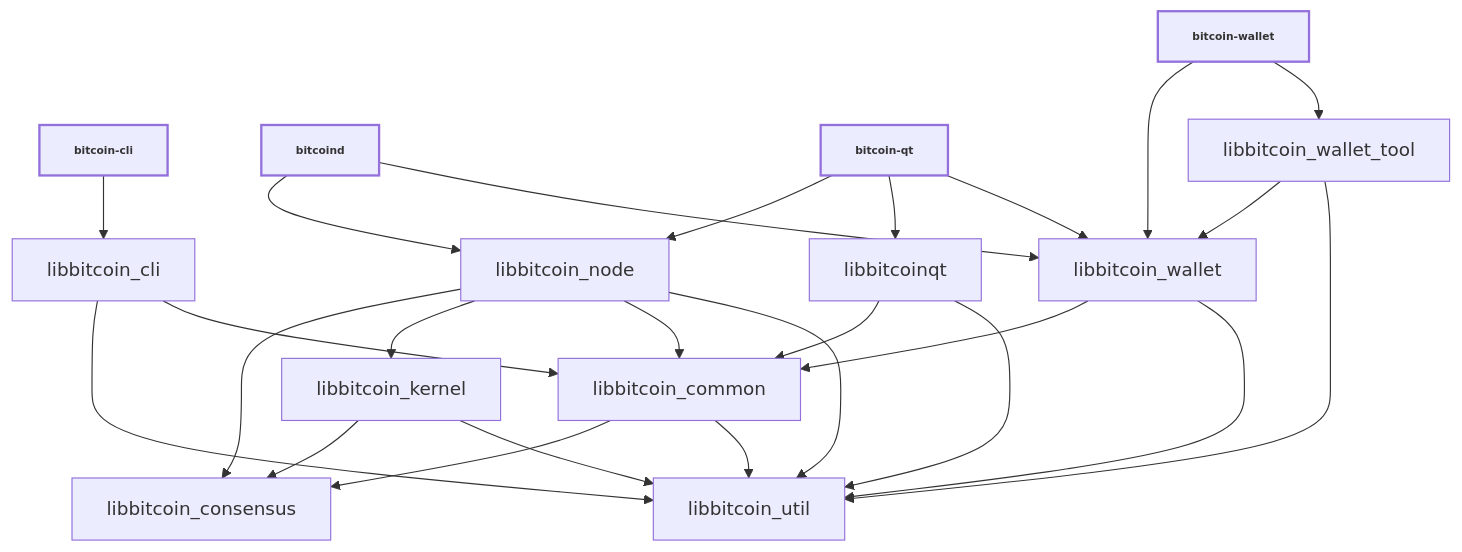
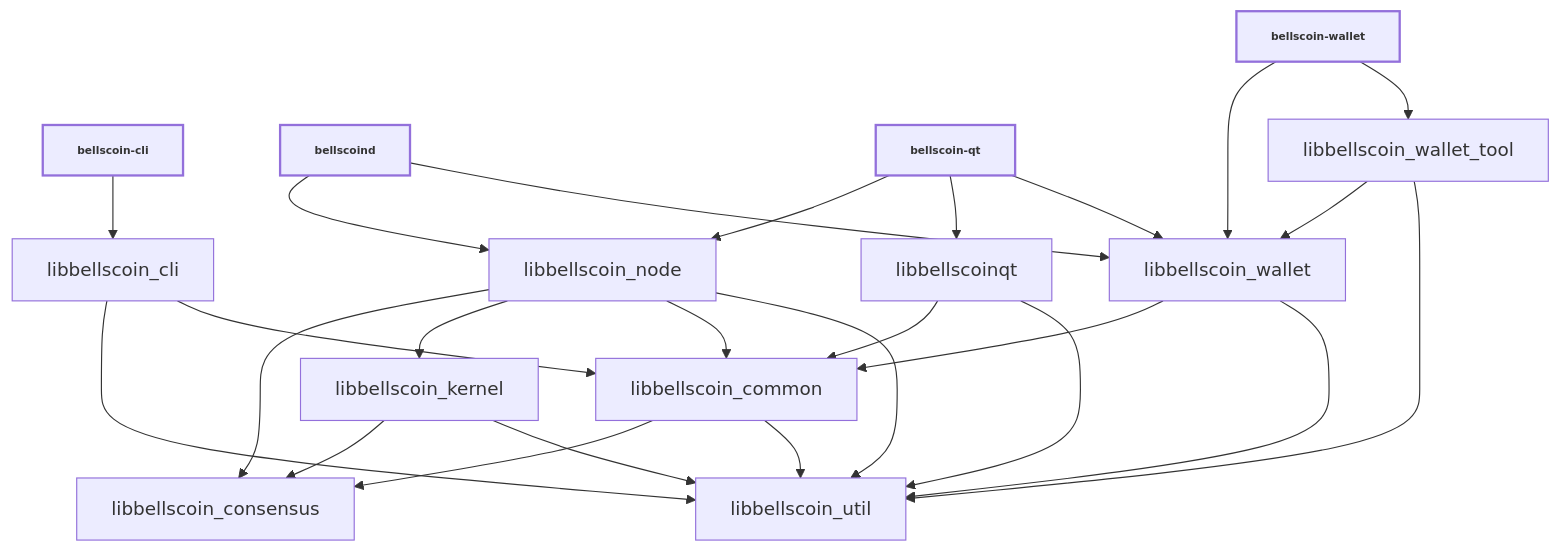
The diagram in doc/design/libraries.md (dimmarvel/newbellcoin), drawn with Mermaid before and after one commit. The commit also changed other lines of this file and 1835 other files, not shown here.

````diff
--- a/doc/design/libraries.md
+++ b/doc/design/libraries.md
@@ -36,44 +36,44 @@
 ```mermaid
 
 %%{ init : { "flowchart" : { "curve" : "basis" }}}%%
 
 graph TD;
 
-bitcoin-cli[bitcoin-cli]-->libbitcoin_cli;
+bellscoin-cli[bellscoin-cli]-->libbellscoin_cli;
 
-bitcoind[bitcoind]-->libbitcoin_node;
-bitcoind[bitcoind]-->libbitcoin_wallet;
+bellscoind[bellscoind]-->libbellscoin_node;
+bellscoind[bellscoind]-->libbellscoin_wallet;
 
-bitcoin-qt[bitcoin-qt]-->libbitcoin_node;
-bitcoin-qt[bitcoin-qt]-->libbitcoinqt;
-bitcoin-qt[bitcoin-qt]-->libbitcoin_wallet;
+bellscoin-qt[bellscoin-qt]-->libbellscoin_node;
+bellscoin-qt[bellscoin-qt]-->libbellscoinqt;
+bellscoin-qt[bellscoin-qt]-->libbellscoin_wallet;
 
-bitcoin-wallet[bitcoin-wallet]-->libbitcoin_wallet;
-bitcoin-wallet[bitcoin-wallet]-->libbitcoin_wallet_tool;
+bellscoin-wallet[bellscoin-wallet]-->libbellscoin_wallet;
+bellscoin-wallet[bellscoin-wallet]-->libbellscoin_wallet_tool;
 
-libbitcoin_cli-->libbitcoin_util;
-libbitcoin_cli-->libbitcoin_common;
+libbellscoin_cli-->libbellscoin_util;
+libbellscoin_cli-->libbellscoin_common;
 
-libbitcoin_common-->libbitcoin_consensus;
-libbitcoin_common-->libbitcoin_util;
+libbellscoin_common-->libbellscoin_consensus;
+libbellscoin_common-->libbellscoin_util;
 
-libbitcoin_kernel-->libbitcoin_consensus;
-libbitcoin_kernel-->libbitcoin_util;
+libbellscoin_kernel-->libbellscoin_consensus;
+libbellscoin_kernel-->libbellscoin_util;
 
-libbitcoin_node-->libbitcoin_consensus;
-libbitcoin_node-->libbitcoin_kernel;
-libbitcoin_node-->libbitcoin_common;
-libbitcoin_node-->libbitcoin_util;
+libbellscoin_node-->libbellscoin_consensus;
+libbellscoin_node-->libbellscoin_kernel;
+libbellscoin_node-->libbellscoin_common;
+libbellscoin_node-->libbellscoin_util;
 
-libbitcoinqt-->libbitcoin_common;
-libbitcoinqt-->libbitcoin_util;
+libbellscoinqt-->libbellscoin_common;
+libbellscoinqt-->libbellscoin_util;
 
-libbitcoin_wallet-->libbitcoin_common;
-libbitcoin_wallet-->libbitcoin_util;
+libbellscoin_wallet-->libbellscoin_common;
+libbellscoin_wallet-->libbellscoin_util;
 
-libbitcoin_wallet_tool-->libbitcoin_wallet;
-libbitcoin_wallet_tool-->libbitcoin_util;
+libbellscoin_wallet_tool-->libbellscoin_wallet;
+libbellscoin_wallet_tool-->libbellscoin_util;
 
 classDef bold stroke-width:2px, font-weight:bold, font-size: smaller;
-class bitcoin-qt,bitcoind,bitcoin-cli,bitcoin-wallet bold
+class bellscoin-qt,bellscoind,bellscoin-cli,bellscoin-wallet bold
 ```
````
